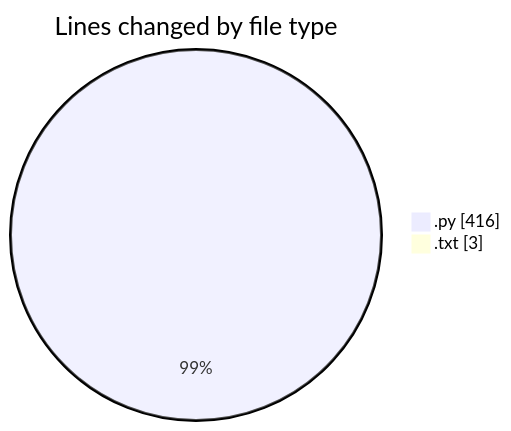
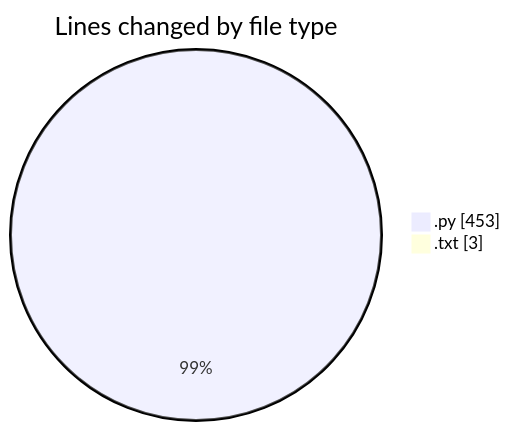
Before and after one commit to lephambinh05/code-tracking: the first of 2 diagrams in 2025-07-09/toolsopenemalpass/README.md, drawn with Mermaid. The commit also changed other lines of this file and 1 other file, not shown here.

````diff
--- a/2025-07-09/toolsopenemalpass/README.md
+++ b/2025-07-09/toolsopenemalpass/README.md
@@ -22,6 +22,6 @@
 ```mermaid
 pie showData
 title Lines changed by file type
-".py" : 416
+".py" : 453
 ".txt" : 3
 ```
````
